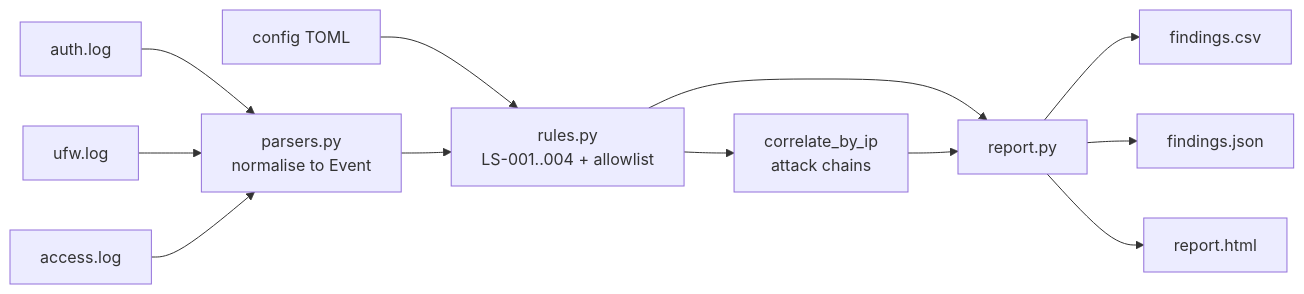
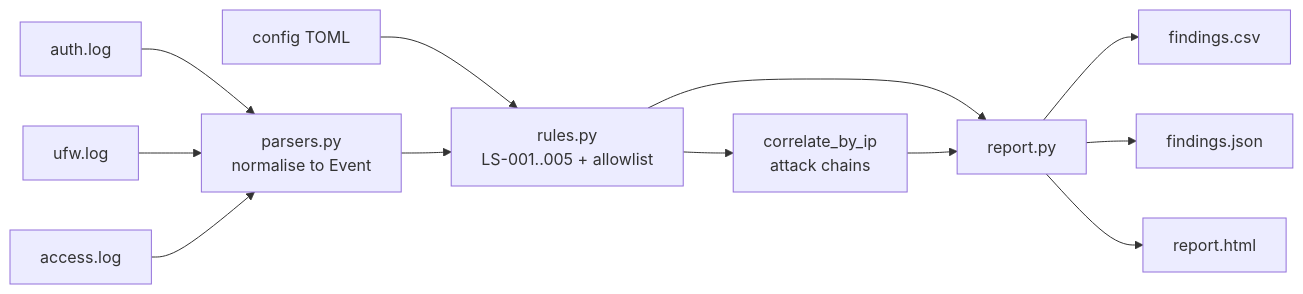
One commit to Joshua-error/logsentinel changed the diagram in logsentinel/README.md. Above: the diagram before and after it, drawn with Mermaid. The commit also changed other lines of this file and 1 other file, not shown here.

````diff
--- a/logsentinel/README.md
+++ b/logsentinel/README.md
@@ -78,14 +84,14 @@
 ```mermaid
 flowchart LR
     A[auth.log] --> P[parsers.py<br/>normalise to Event]
     F[ufw.log] --> P
     W[access.log] --> P
     C[config TOML] --> R
-    P --> R[rules.py<br/>LS-001..004 + allowlist]
+    P --> R[rules.py<br/>LS-001..005 + allowlist]
     R --> X[correlate_by_ip<br/>attack chains]
     R --> O[report.py]
     X --> O
     O --> CSV[findings.csv]
     O --> JSON[findings.json]
     O --> HTML[report.html]
 ```
````
